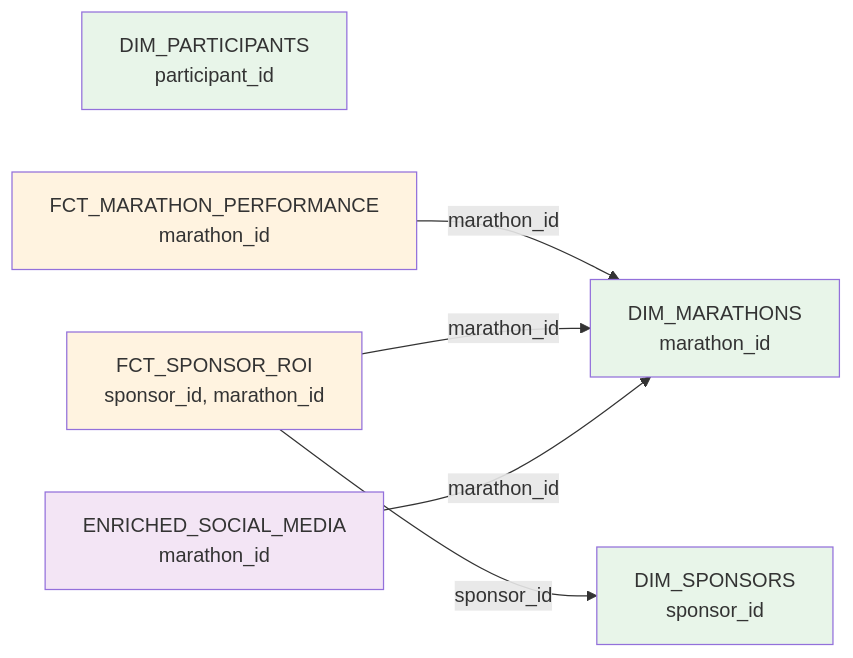
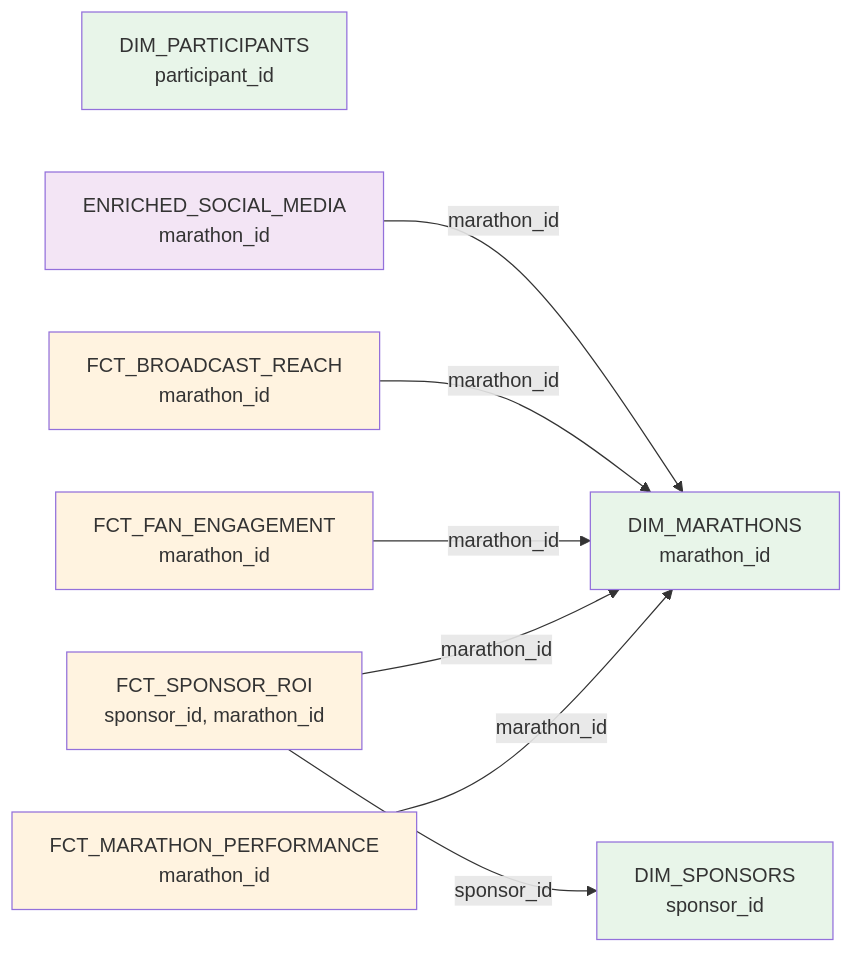
One commit to sfc-gh-miwhitaker/runningman changed the second of 2 diagrams in diagrams/data-model.md. Above: the diagram before and after it, drawn with Mermaid. The commit also changed other lines of this file and 10 other files, not shown here.

````diff
--- a/diagrams/data-model.md
+++ b/diagrams/data-model.md
@@ -238,22 +257,28 @@
 ```mermaid
 graph LR
     DIM_M[DIM_MARATHONS<br/>marathon_id]
     DIM_P[DIM_PARTICIPANTS<br/>participant_id]
     DIM_S[DIM_SPONSORS<br/>sponsor_id]
     
     FCT_MP[FCT_MARATHON_PERFORMANCE<br/>marathon_id]
     FCT_SR[FCT_SPONSOR_ROI<br/>sponsor_id, marathon_id]
+    FCT_FE[FCT_FAN_ENGAGEMENT<br/>marathon_id]
+    FCT_BR[FCT_BROADCAST_REACH<br/>marathon_id]
     ENRICH[ENRICHED_SOCIAL_MEDIA<br/>marathon_id]
     
     FCT_MP -->|marathon_id| DIM_M
     FCT_SR -->|marathon_id| DIM_M
     FCT_SR -->|sponsor_id| DIM_S
+    FCT_FE -->|marathon_id| DIM_M
+    FCT_BR -->|marathon_id| DIM_M
     ENRICH -->|marathon_id| DIM_M
     
     style DIM_M fill:#e8f5e9
     style DIM_P fill:#e8f5e9
     style DIM_S fill:#e8f5e9
     style FCT_MP fill:#fff3e0
     style FCT_SR fill:#fff3e0
+    style FCT_FE fill:#fff3e0
+    style FCT_BR fill:#fff3e0
     style ENRICH fill:#f3e5f5
 ```
````
